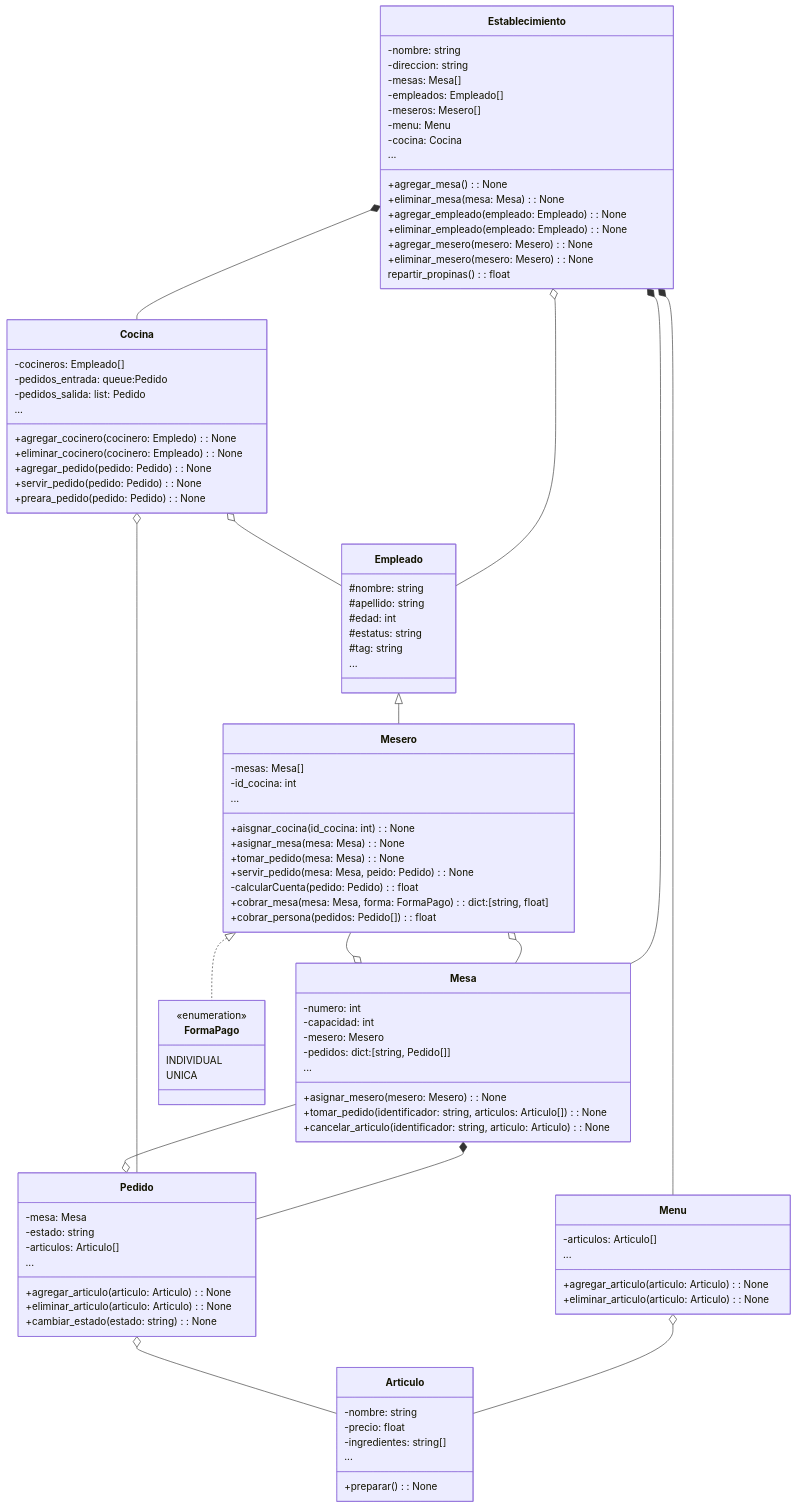
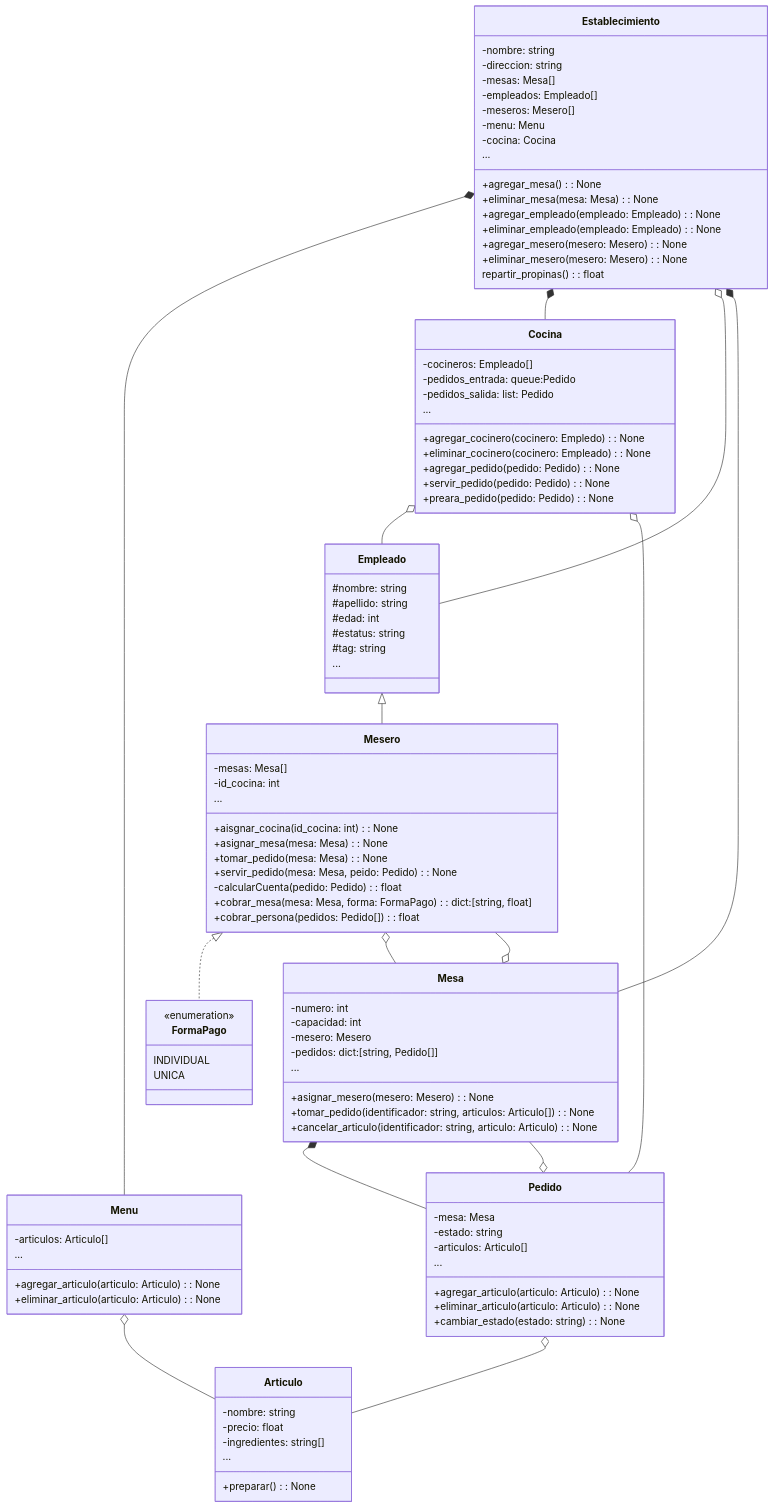
Before and after one commit to joseAcevesG/SOFT_RESTAURANT: the diagram in UML.md, drawn with Mermaid.

Commit message:
refactor codigo UML

```diff
--- a/UML.md
+++ b/UML.md
@@ -43,43 +43,6 @@
         ...
     }
 
-    class Pedido{
-        -mesa: Mesa
-        -estado: string
-        -articulos: Articulo[]
-        +agregar_articulo(articulo: Articulo): None
-        +eliminar_articulo(articulo: Articulo): None
-        +cambiar_estado(estado: string): None
-        ...
-    }
-
-    class Menu{
-        -articulos: Articulo[]
-        +agregar_articulo(articulo: Articulo): None
-        +eliminar_articulo(articulo: Articulo): None
-        ...
-    }
-
-    class Mesa{
-        -numero: int
-        -capacidad: int
-        -mesero: Mesero
-        -pedidos: dict:[string, Pedido[]]
-        +asignar_mesero(mesero: Mesero): None
-        +tomar_pedido(identificador: string, articulos: Articulo[]): None
-        +cancelar_articulo(identificador: string, articulo: Articulo): None
-        ...
-    }
-
-
-    class Articulo{
-        -nombre: string
-        -precio: float
-        -ingredientes: string[]
-        +preparar(): None
-        ...
-    }
-
     class Mesero{
         -mesas: Mesa[]
         -id_cocina: int
@@ -99,6 +62,42 @@
         UNICA
     }
 
+    class Mesa{
+        -numero: int
+        -capacidad: int
+        -mesero: Mesero
+        -pedidos: dict:[string, Pedido[]]
+        +asignar_mesero(mesero: Mesero): None
+        +tomar_pedido(identificador: string, articulos: Articulo[]): None
+        +cancelar_articulo(identificador: string, articulo: Articulo): None
+        ...
+    }
+
+    class Menu{
+        -articulos: Articulo[]
+        +agregar_articulo(articulo: Articulo): None
+        +eliminar_articulo(articulo: Articulo): None
+        ...
+    }
+
+    class Pedido{
+        -mesa: Mesa
+        -estado: string
+        -articulos: Articulo[]
+        +agregar_articulo(articulo: Articulo): None
+        +eliminar_articulo(articulo: Articulo): None
+        +cambiar_estado(estado: string): None
+        ...
+    }
+
+    class Articulo{
+        -nombre: string
+        -precio: float
+        -ingredientes: string[]
+        +preparar(): None
+        ...
+    }
+
     Establecimiento *--Menu
     Establecimiento *--Cocina
     Establecimiento o--Empleado
```
